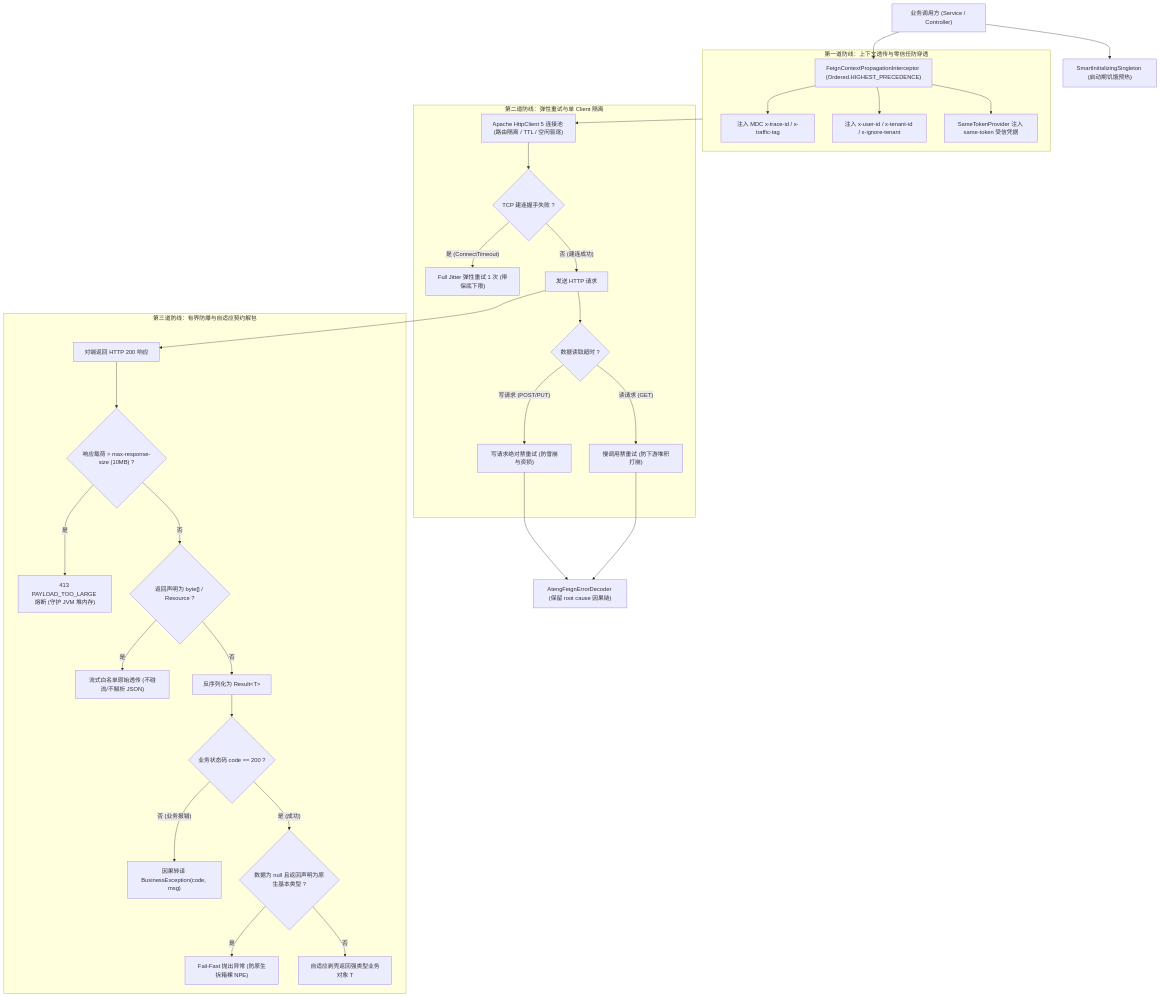
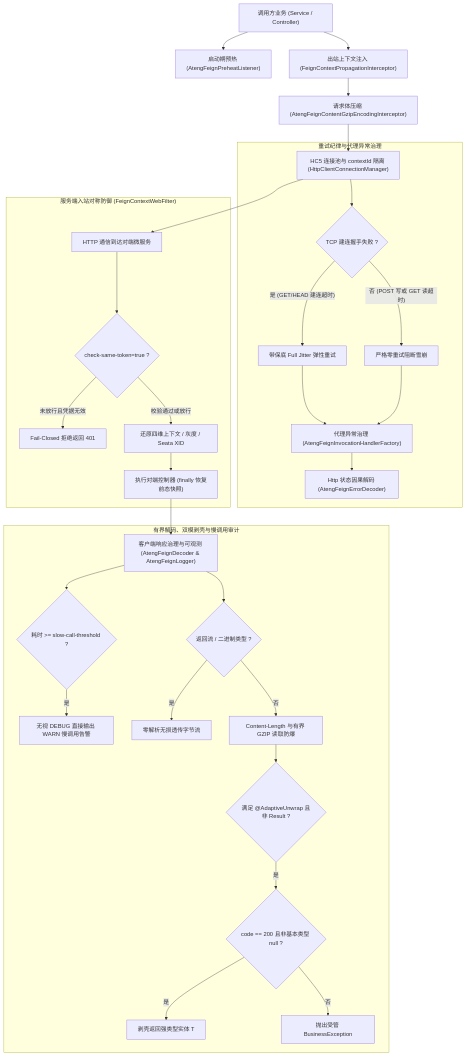
One commit to atengk/ateng-cloud changed the diagram in ateng-cloud-feign/README.md. Above: the diagram before and after it, drawn with Mermaid. The commit also changed other lines of this file and 9 other files, not shown here.

````diff
--- a/ateng-cloud-feign/README.md
+++ b/ateng-cloud-feign/README.md
@@ -110,39 +134,39 @@
 ```mermaid
 flowchart TD
-    Client["业务调用方 (Service / Controller)"] --> Preheat["SmartInitializingSingleton (启动期饥饿预热)"]
-    Client --> Interceptor["FeignContextPropagationInterceptor (Ordered.HIGHEST_PRECEDENCE)"]
+    Caller["调用方业务 (Service / Controller)"] --> Preheat["启动期预热 (AtengFeignPreheatListener)"]
+    Caller --> OutInterceptor["出站上下文注入 (FeignContextPropagationInterceptor)"]
+    OutInterceptor --> GzipOut["请求体压缩 (AtengFeignContentGzipEncodingInterceptor)"]
+    GzipOut --> HC5Pool["HC5 连接池与 contextId 隔离 (HttpClientConnectionManager)"]
 
-    subgraph HeaderInjection ["第一道防线：上下文透传与零信任防穿透"]
-        Interceptor --> InjectMDC["注入 MDC x-trace-id / x-traffic-tag"]
-        Interceptor --> InjectUserTenant["注入 x-user-id / x-tenant-id / x-ignore-tenant"]
-        Interceptor --> InjectSameToken["SameTokenProvider 注入 same-token 受信凭据"]
+    subgraph ResilienceLayer ["重试纪律与代理异常治理"]
+        HC5Pool --> ConnectCheck{"TCP 建连握手失败 ?"}
+        ConnectCheck -- "是 (GET/HEAD 建连超时)" --> FullJitter["带保底 Full Jitter 弹性重试"]
+        ConnectCheck -- "否 (POST 写或 GET 读超时)" --> NoRetry["严格零重试阻断雪崩"]
+        FullJitter --> ProxyGuard["代理异常治理 (AtengFeignInvocationHandlerFactory)"]
+        NoRetry --> ProxyGuard
+        ProxyGuard --> ErrorDecoder["Http 状态因果解码 (AtengFeignErrorDecoder)"]
     end
 
-    HeaderInjection --> HC5Pool["Apache HttpClient 5 连接池 (路由隔离 / TTL / 空闲驱逐)"]
+    HC5Pool --> PeerHttp["HTTP 通信到达对端微服务"]
 
-    subgraph ResilienceAndRetry ["第二道防线：弹性重试与单 Client 隔离"]
-        HC5Pool --> ConnectProbe{"TCP 建连握手失败 ?"}
-        ConnectProbe -- "是 (ConnectTimeout)" --> FullJitterRetry["Full Jitter 弹性重试 1 次 (带保底下限)"]
-        ConnectProbe -- "否 (建连成功)" --> ExecuteRequest["发送 HTTP 请求"]
-        ExecuteRequest --> ReadTimeoutProbe{"数据读取超时 ?"}
-        ReadTimeoutProbe -- "写请求 (POST/PUT)" --> StrictNoRetry["写请求绝对禁重试 (防雪崩与资损)"]
-        ReadTimeoutProbe -- "读请求 (GET)" --> NoRetryFallback["慢调用禁重试 (防下游堆积打崩)"]
+    subgraph InboundLayer ["服务端入站对称防御 (FeignContextWebFilter)"]
+        PeerHttp --> SameTokenCheck{"check-same-token=true ?"}
+        SameTokenCheck -- "未放行且凭据无效" --> Reject401["Fail-Closed 拒绝返回 401"]
+        SameTokenCheck -- "校验通过或放行" --> RestoreCtx["还原四维上下文 / 灰度 / Seata XID"]
+        RestoreCtx --> BizExec["执行对端控制器 (finally 恢复前态快照)"]
     end
 
-    StrictNoRetry --> ErrorDecoder["AtengFeignErrorDecoder (保留 root cause 因果链)"]
-    NoRetryFallback --> ErrorDecoder
-    ExecuteRequest --> SuccessResp["对端返回 HTTP 200 响应"]
+    BizExec --> RespDecode["客户端响应治理与可观测 (AtengFeignDecoder & AtengFeignLogger)"]
 
-    subgraph DecodingDefense ["第三道防线：有界防爆与自适应契约解包"]
-        SuccessResp --> PayloadGuard{"响应载荷 > max-response-size (10MB) ?"}
-        PayloadGuard -- "是" --> Throw413["413 PAYLOAD_TOO_LARGE 熔断 (守护 JVM 堆内存)"]
-        PayloadGuard -- "否" --> StreamWhitelist{"返回声明为 byte[] / Resource ?"}
-        StreamWhitelist -- "是" --> RawStreamPassthrough["流式白名单原始透传 (不碰流/不解析 JSON)"]
-        StreamWhitelist -- "否" --> ParseResult["反序列化为 Result&lt;T&gt;"]
-        ParseResult --> CodeCheck{"业务状态码 code == 200 ?"}
-        CodeCheck -- "否 (业务报错)" --> ThrowBizExp["因果转译 BusinessException(code, msg)"]
-        CodeCheck -- "是 (成功)" --> NullGuard{"数据为 null 且返回声明为原生基本类型 ?"}
-        NullGuard -- "是" --> ThrowPrimitiveNPE["Fail-Fast 抛出异常 (防原生拆箱裸 NPE)"]
-        NullGuard -- "否" --> UnwrapData["自适应剥壳返回强类型业务对象 T"]
+    subgraph DecodeAndObserve ["有界解码、双模剥壳与慢调用审计"]
+        RespDecode --> SlowWarn{"耗时 >= slow-call-threshold ?"}
+        SlowWarn -- "是" --> LogWarn["无视 DEBUG 直接输出 WARN 慢调用告警"]
+        RespDecode --> StreamBypass{"返回流 / 二进制类型 ?"}
+        StreamBypass -- "是" --> RawStream["零解析无损透传字节流"]
+        StreamBypass -- "否" --> BoundedGzip["Content-Length 与有界 GZIP 读取防爆"]
+        BoundedGzip --> UnwrapCheck{"满足 @AdaptiveUnwrap 且非 Result ?"}
+        UnwrapCheck -- "是" --> CodeCheck{"code == 200 且非基本类型 null ?"}
+        CodeCheck -- "是" --> ReturnPojo["剥壳返回强类型实体 T"]
+        CodeCheck -- "否" --> ThrowBiz["抛出受管 BusinessException"]
     end
 ```
````
